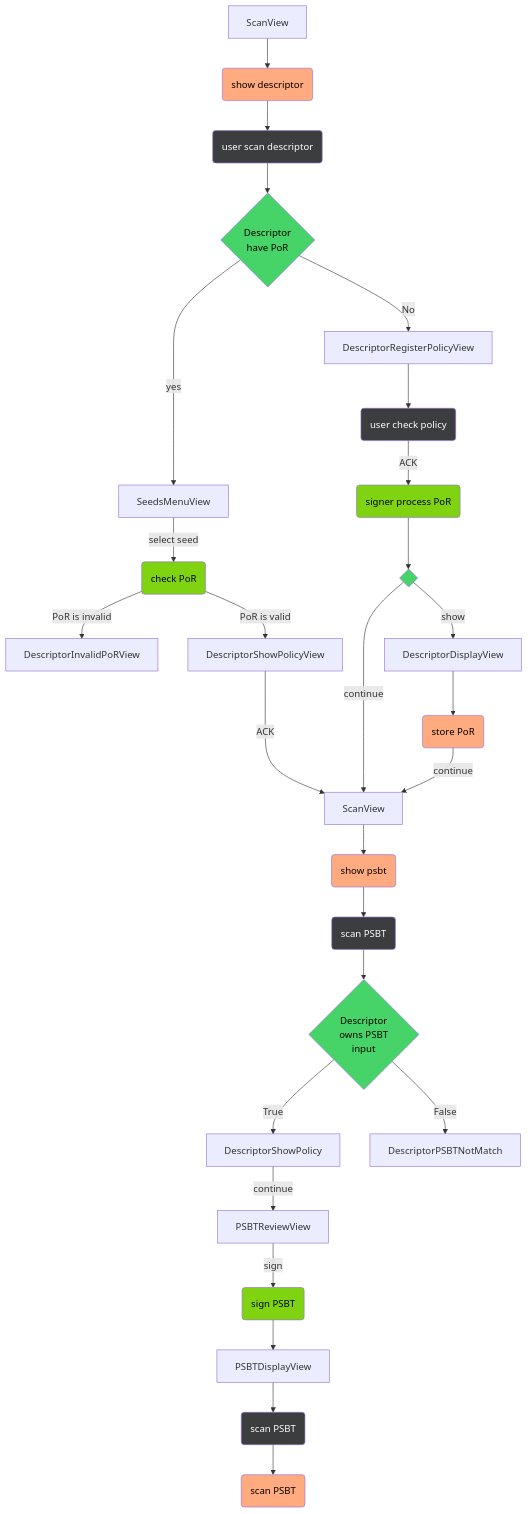
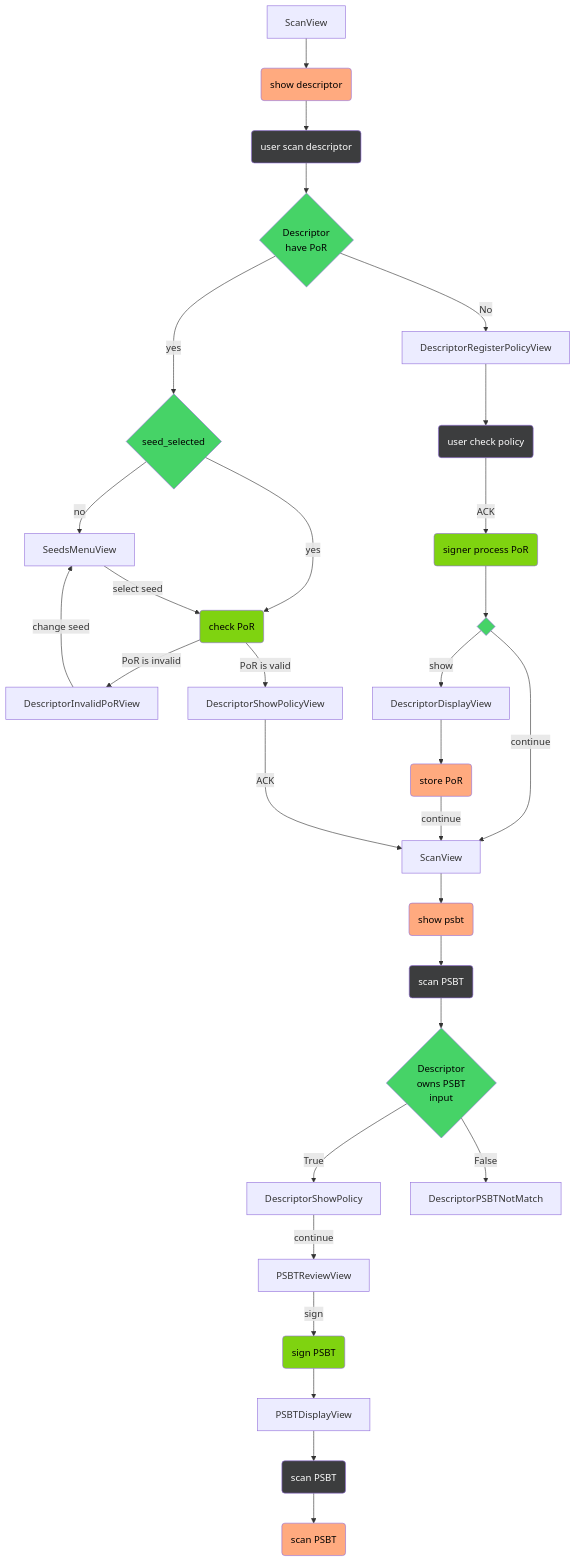
The second of 3 diagrams in docs/workflow_charts/miniscript_path.md (pythcoiner/seedsigner), drawn with Mermaid before and after one commit.

```diff
--- a/docs/workflow_charts/miniscript_path.md
+++ b/docs/workflow_charts/miniscript_path.md
@@ -44,12 +44,21 @@
 T1{Descriptor\n have PoR}
 T1:::test
 
-T1 -- yes --> T4[SeedsMenuView]
+T1 -- yes --> T4{seed_selected}
+T4:::test
+T4 -- no --> V04
+T4 -- yes --> S3
 
-T4 -- select seed --> S3(check PoR)
+
+
+V04[SeedsMenuView] -- select seed --> S3(check PoR)
+
+
 
 S3 -- PoR is invalid --> V03[DescriptorInvalidPoRView]
 S3:::signer
+
+V03 -- change seed --> V04
 
 S3 -- PoR is valid --> V4
 
```
